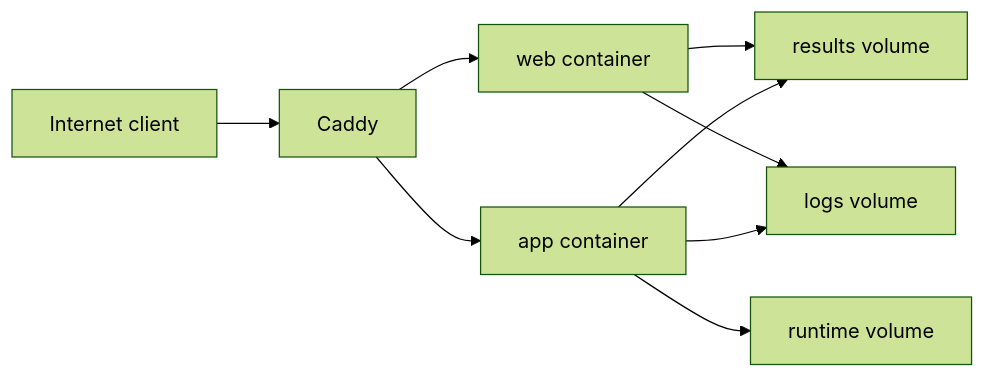
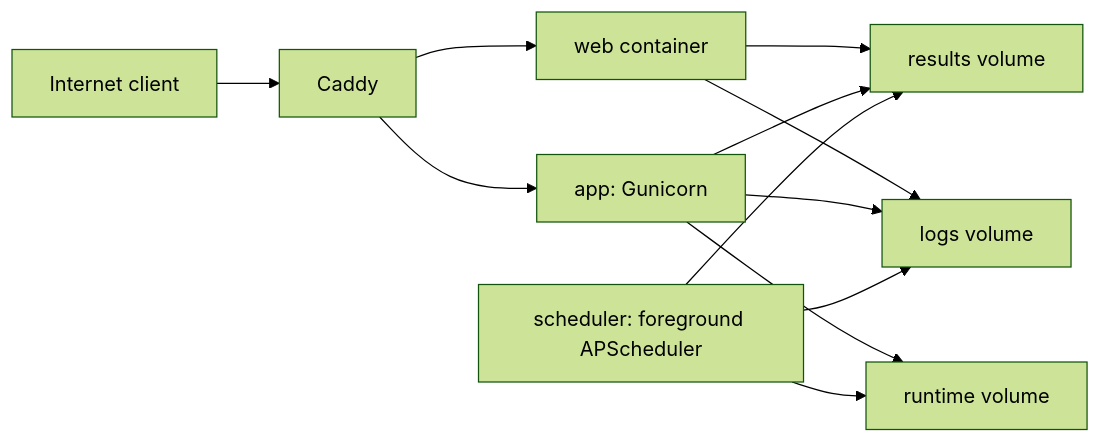
One commit to LuisCarvalho314/risklive changed the fourth of 5 diagrams in docs/onboarding/current-architecture.md. Above: the diagram before and after it, drawn with Mermaid (forest theme). The commit also changed other lines of this file and 40 other files, not shown here.

````diff
--- a/docs/onboarding/current-architecture.md
+++ b/docs/onboarding/current-architecture.md
@@ -172,19 +173,23 @@
 ```mermaid
 flowchart LR
     I[Internet client]
     C[Caddy]
     W[web container]
-    A[app container]
+    A[app: Gunicorn]
+    S[scheduler: foreground APScheduler]
     R[results volume]
     L[logs volume]
     T[runtime volume]
 
     I --> C
     C --> W
     C --> A
     W --> R
     W --> L
     A --> R
     A --> L
     A --> T
+    S --> R
+    S --> L
+    S --> T
 ```
````
